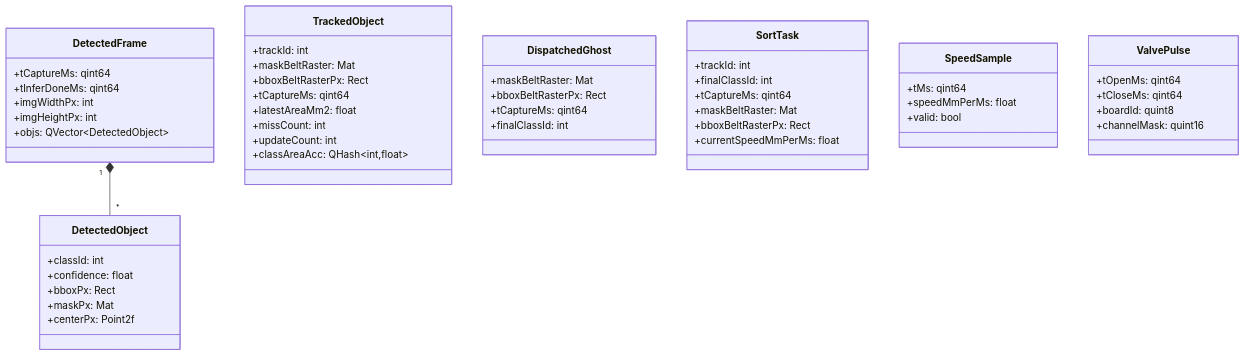
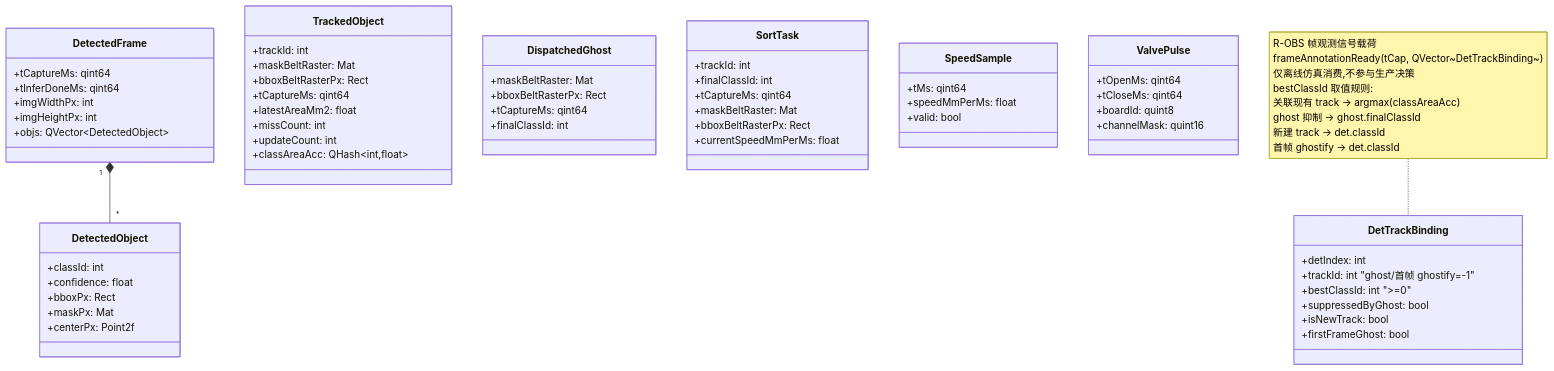
Diagram 20 of 24 in docs/architecture.md (XiChYo/QINGLV), drawn with Mermaid before and after one commit. The commit also changed other lines of this file and 3 other files, not shown here.

````diff
--- a/docs/architecture.md
+++ b/docs/architecture.md
@@ -737,53 +761,62 @@
 ```mermaid
 classDiagram
     class DetectedObject {
         +classId: int
         +confidence: float
         +bboxPx: Rect
         +maskPx: Mat
         +centerPx: Point2f
     }
     class DetectedFrame {
         +tCaptureMs: qint64
         +tInferDoneMs: qint64
         +imgWidthPx: int
         +imgHeightPx: int
         +objs: QVector~DetectedObject~
     }
     class TrackedObject {
         +trackId: int
         +maskBeltRaster: Mat
         +bboxBeltRasterPx: Rect
         +tCaptureMs: qint64
         +latestAreaMm2: float
         +missCount: int
         +updateCount: int
         +classAreaAcc: QHash~int,float~
     }
     class DispatchedGhost {
         +maskBeltRaster: Mat
         +bboxBeltRasterPx: Rect
         +tCaptureMs: qint64
         +finalClassId: int
     }
     class SortTask {
         +trackId: int
         +finalClassId: int
         +tCaptureMs: qint64
         +maskBeltRaster: Mat
         +bboxBeltRasterPx: Rect
         +currentSpeedMmPerMs: float
     }
     class SpeedSample {
         +tMs: qint64
         +speedMmPerMs: float
         +valid: bool
     }
     class ValvePulse {
         +tOpenMs: qint64
         +tCloseMs: qint64
         +boardId: quint8
         +channelMask: quint16
     }
+    class DetTrackBinding {
+        +detIndex: int
+        +trackId: int "ghost/首帧 ghostify=-1"
+        +bestClassId: int ">=0"
+        +suppressedByGhost: bool
+        +isNewTrack: bool
+        +firstFrameGhost: bool
+    }
     DetectedFrame "1" *-- "*" DetectedObject
+    note for DetTrackBinding "R-OBS 帧观测信号载荷<br/>frameAnnotationReady(tCap, QVector~DetTrackBinding~)<br/>仅离线仿真消费,不参与生产决策<br/>bestClassId 取值规则:<br/>关联现有 track → argmax(classAreaAcc)<br/>ghost 抑制 → ghost.finalClassId<br/>新建 track → det.classId<br/>首帧 ghostify → det.classId"
 ```
````
